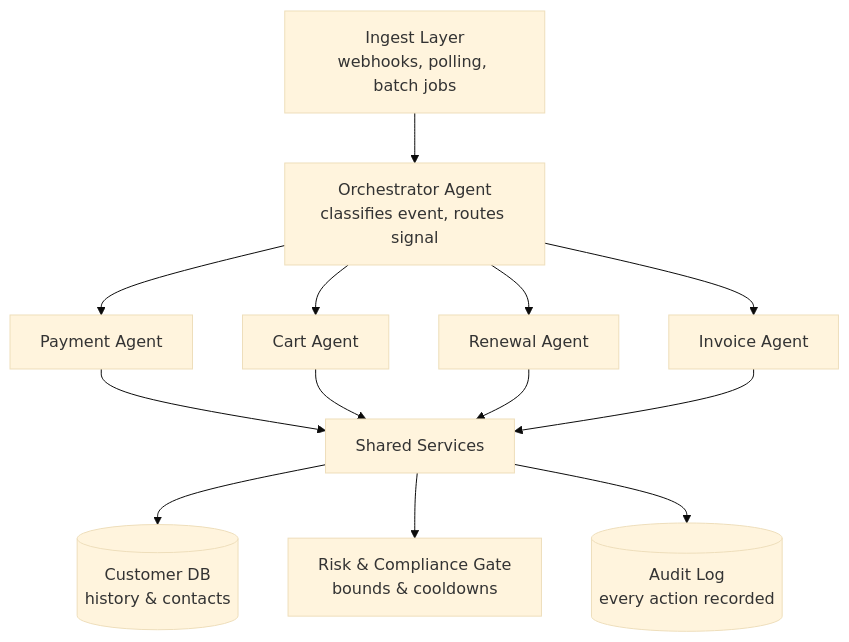
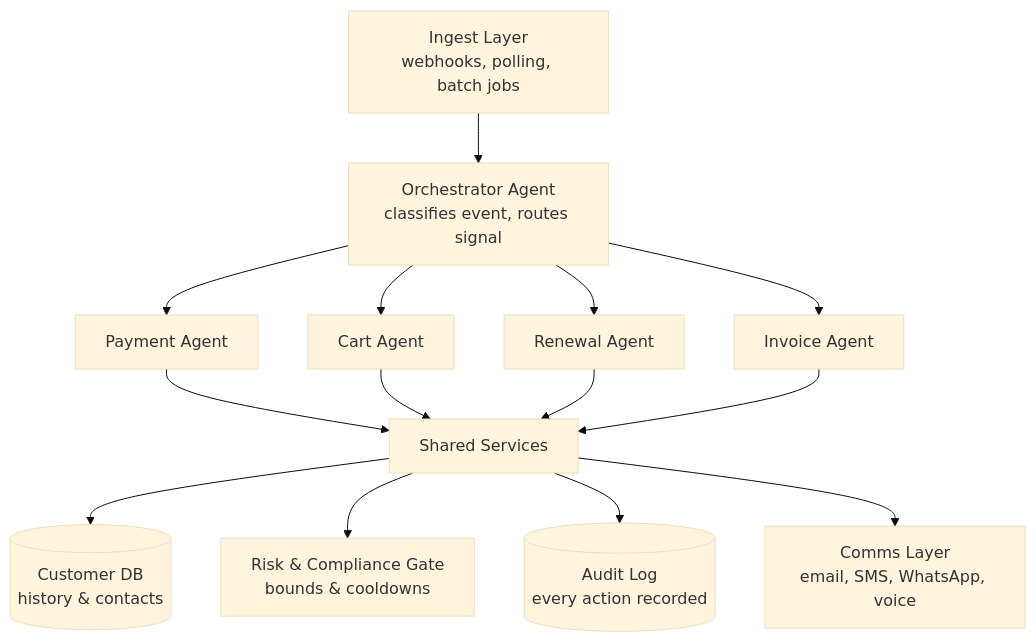
The first of 2 diagrams in docs/architecture.md (DEMONICRAMIRO/Recoupe), drawn with Mermaid (base theme) before and after one commit. The commit also changed other lines of this file and 21 other files, not shown here.

Commit message:
Phase 2: payment agent and comms layer

````diff
--- a/docs/architecture.md
+++ b/docs/architecture.md
@@ -13,15 +13,16 @@
 ```mermaid
 flowchart TD
     A[Ingest Layer<br/>webhooks, polling, batch jobs] --> B[Orchestrator Agent<br/>classifies event, routes signal]
     B --> C[Payment Agent]
     B --> D[Cart Agent]
     B --> E[Renewal Agent]
     B --> F[Invoice Agent]
     C --> G[Shared Services]
     D --> G
     E --> G
     F --> G
     G --> G1[(Customer DB<br/>history & contacts)]
     G --> G2[Risk & Compliance Gate<br/>bounds & cooldowns]
     G --> G3[(Audit Log<br/>every action recorded)]
+    G --> G4[Comms Layer<br/>email, SMS, WhatsApp, voice]
 ```
````
